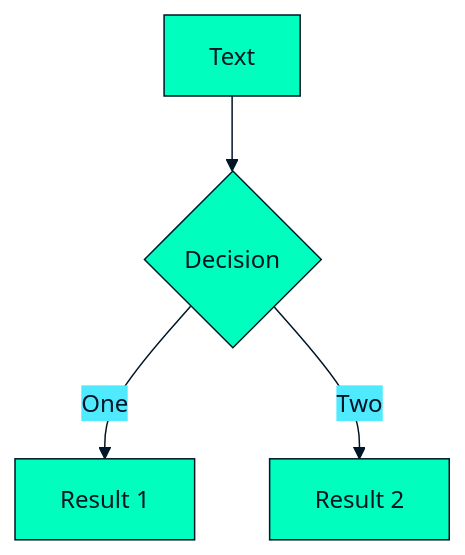
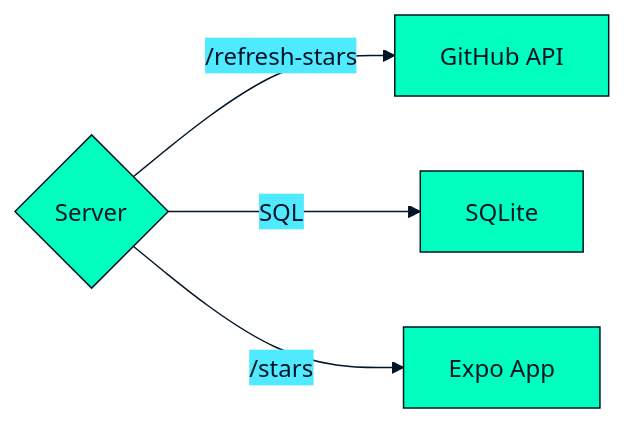
Before and after one commit to heracek/github-stars-effect: the diagram in presentation/slides.md, drawn with Mermaid. The commit also changed other lines of this file and 15 other files, not shown here.

````diff
--- a/presentation/slides.md
+++ b/presentation/slides.md
@@ -862,23 +499,24 @@
 ```mermaid {theme: 'base', scale: 0.8}
 %%{
   init: {
     'theme': 'base',
     'themeVariables': {
       'primaryColor': '#00ffbe',
       'primaryTextColor': '#001528',
       'primaryBorderColor': '#001528',
       'lineColor': '#001528',
       'secondaryColor': '#50eaff',
       'tertiaryColor': '#6450ff',
       'noteTextColor': '#ffffff',
       'noteBkgColor': '#6450ff',
       'fontFamily': 'Public Sans'
       
     }
   }
 }%%
-graph TD
-B[Text] --> C{Decision}
-C -->|One| D[Result 1]
-C -->|Two| E[Result 2]
+graph LR
+  G[GitHub API]
+  S{Server} -->|/refresh-stars| G
+  S -->|SQL| DB[SQLite]
+  S -->|/stars| F[Expo App]
 ```
````
